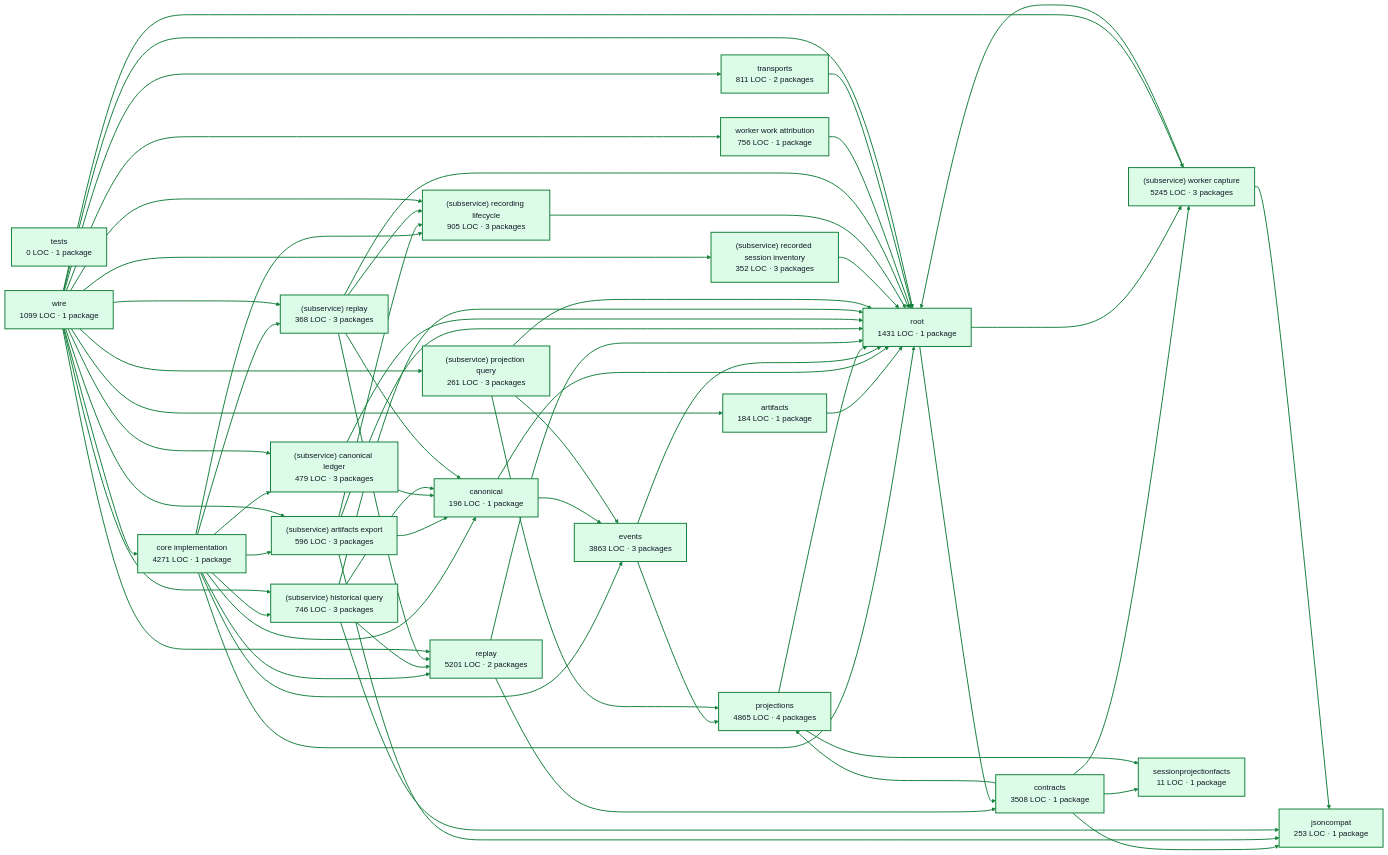
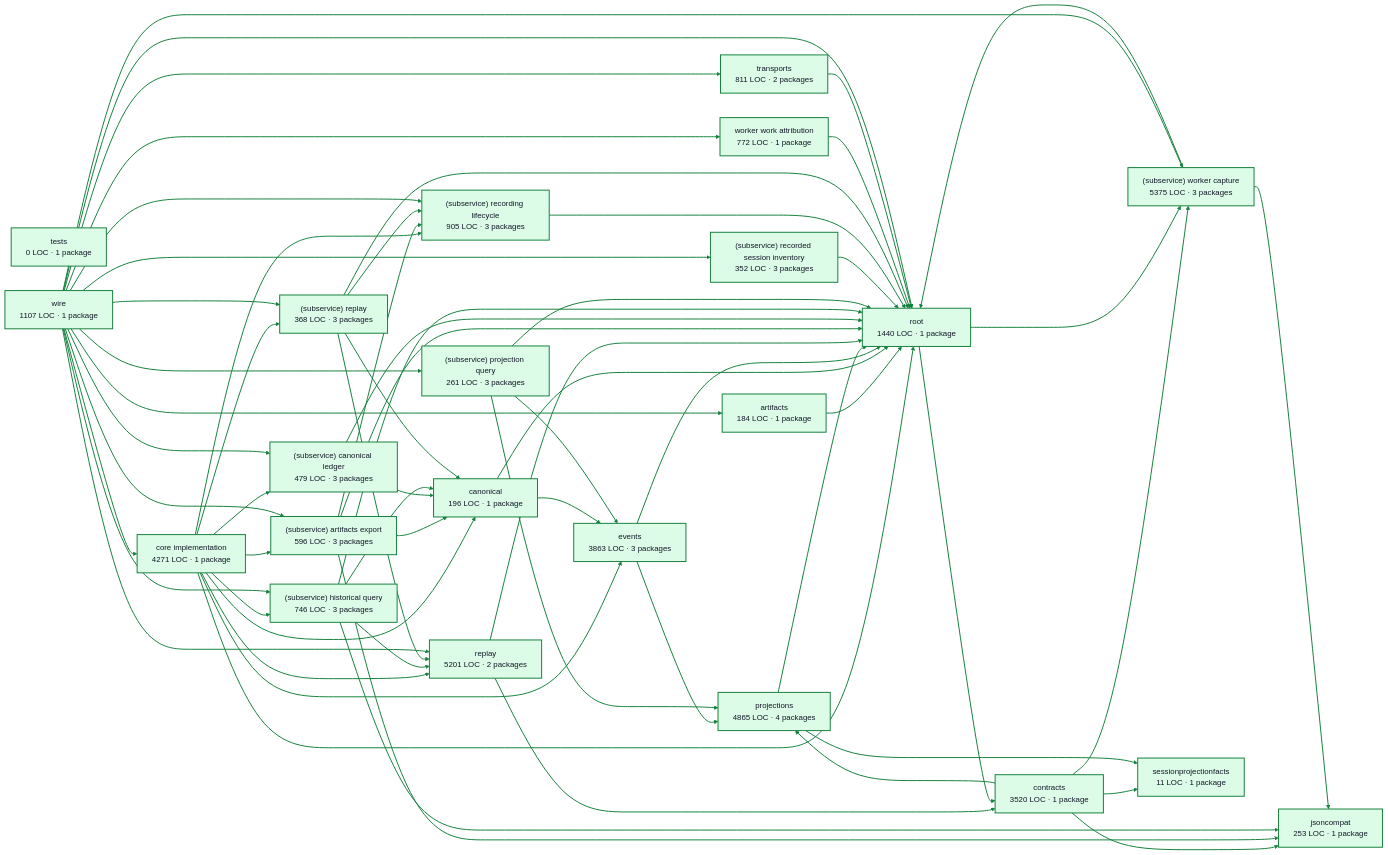
The diagram in docs/architecture/visualizations/services/recordings.md (portpowered/you-agent-factory), drawn with Mermaid before and after one commit. The commit also changed other lines of this file and 20 other files, not shown here.

Commit message:
docs: refresh backend architecture visualizations

```diff
--- a/docs/architecture/visualizations/services/recordings.md
+++ b/docs/architecture/visualizations/services/recordings.md
@@ -13,7 +13,7 @@
   p0["core implementation<br/>4271 LOC · 1 package"]
   p1["artifacts<br/>184 LOC · 1 package"]
   p2["canonical<br/>196 LOC · 1 package"]
-  p3["contracts<br/>3508 LOC · 1 package"]
+  p3["contracts<br/>3520 LOC · 1 package"]
   p4["events<br/>3863 LOC · 3 packages"]
   p5["jsoncompat<br/>253 LOC · 1 package"]
   p6["projections<br/>4865 LOC · 4 packages"]
@@ -25,13 +25,13 @@
   p12["(subservice) recorded session inventory<br/>352 LOC · 3 packages"]
   p13["(subservice) recording lifecycle<br/>905 LOC · 3 packages"]
   p14["(subservice) replay<br/>368 LOC · 3 packages"]
-  p15["(subservice) worker capture<br/>5245 LOC · 3 packages"]
+  p15["(subservice) worker capture<br/>5375 LOC · 3 packages"]
   p16["sessionprojectionfacts<br/>11 LOC · 1 package"]
   p17["tests<br/>0 LOC · 1 package"]
-  p18["worker work attribution<br/>756 LOC · 1 package"]
-  p19["root<br/>1431 LOC · 1 package"]
+  p18["worker work attribution<br/>772 LOC · 1 package"]
+  p19["root<br/>1440 LOC · 1 package"]
   p20["transports<br/>811 LOC · 2 packages"]
-  p21["wire<br/>1099 LOC · 1 package"]
+  p21["wire<br/>1107 LOC · 1 package"]
   p0 --> p2
   p0 --> p4
   p0 --> p7
```
